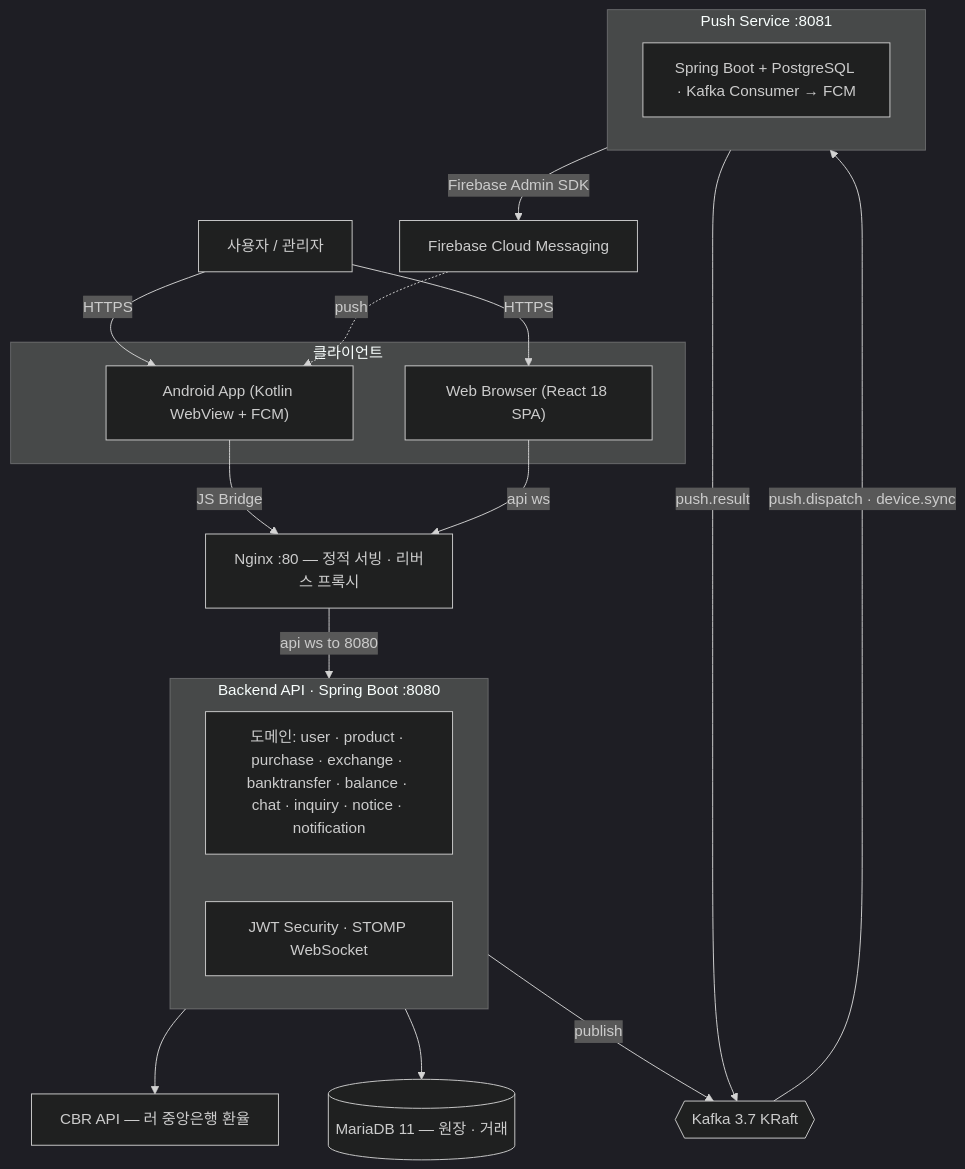
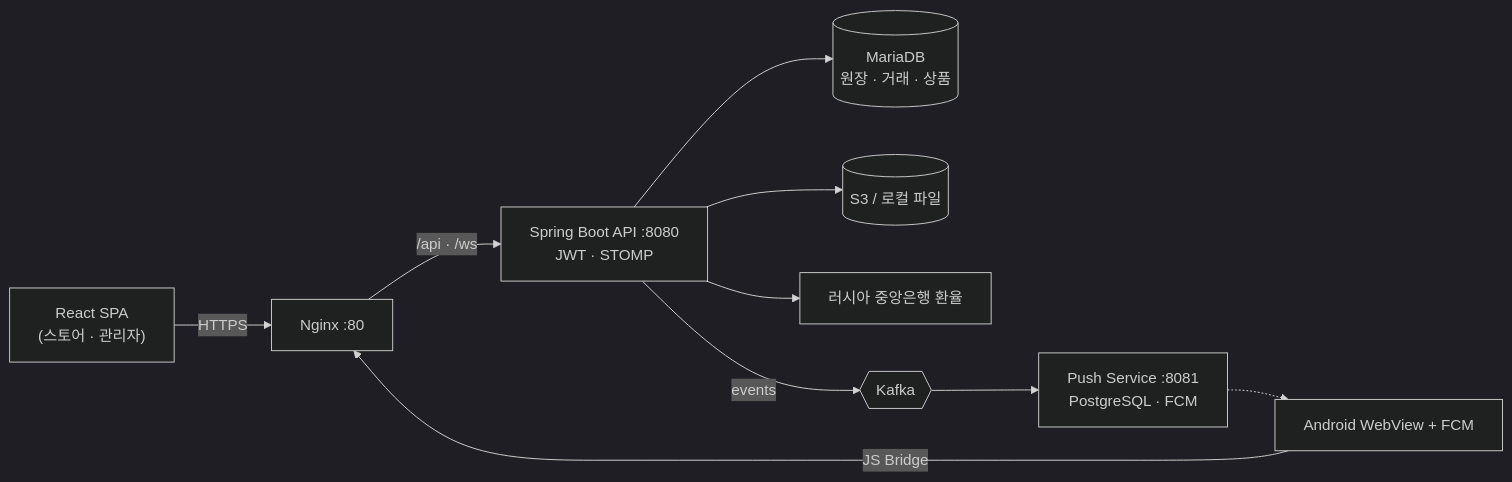
Before and after one commit to ruxpress0228/ruxpress: the diagram in README.md, drawn with Mermaid (dark theme). The commit also changed other lines of this file and 9 other files, not shown here.

````diff
--- a/README.md
+++ b/README.md
@@ -92,41 +196,12 @@
 ```mermaid
-flowchart TD
-    User["사용자 / 관리자"]
-
-    subgraph Clients["클라이언트"]
-        Android["Android App (Kotlin WebView + FCM)"]
-        Web["Web Browser (React 18 SPA)"]
-    end
-
-    Nginx["Nginx :80 — 정적 서빙 · 리버스 프록시"]
-
-    subgraph Backend["Backend API · Spring Boot :8080"]
-        BizDomains["도메인: user · product · purchase · exchange · banktransfer · balance · chat · inquiry · notice · notification"]
-        Sec["JWT Security · STOMP WebSocket"]
-    end
-
-    MariaDB[("MariaDB 11 — 원장 · 거래")]
-    Kafka{{"Kafka 3.7 KRaft"}}
-    CBR["CBR API — 러 중앙은행 환율"]
-
-    subgraph Push["Push Service :8081"]
-        PushApp["Spring Boot + PostgreSQL · Kafka Consumer → FCM"]
-    end
-
-    FCM["Firebase Cloud Messaging"]
-
-    User -->|HTTPS| Android
-    User -->|HTTPS| Web
-    Android -->|JS Bridge| Nginx
-    Web -->|api ws| Nginx
-    Nginx -->|api ws to 8080| Backend
-
-    Backend --> MariaDB
-    Backend --> CBR
-    Backend -->|publish| Kafka
-
-    Kafka -->|push.dispatch · device.sync| Push
-    Push -->|push.result| Kafka
-    Push -->|Firebase Admin SDK| FCM
-    FCM -.->|push| Android
+flowchart LR
+    Web["React SPA<br/>(스토어 · 관리자)"] -->|HTTPS| Nginx["Nginx :80"]
+    App["Android WebView + FCM"] -->|JS Bridge| Nginx
+    Nginx -->|/api · /ws| Back["Spring Boot API :8080<br/>JWT · STOMP"]
+    Back --> DB[("MariaDB<br/>원장 · 거래 · 상품")]
+    Back --> S3[("S3 / 로컬 파일")]
+    Back --> CBR["러시아 중앙은행 환율"]
+    Back -->|events| Kafka{{"Kafka"}}
+    Kafka --> Push["Push Service :8081<br/>PostgreSQL · FCM"]
+    Push -.-> App
 ```
````
